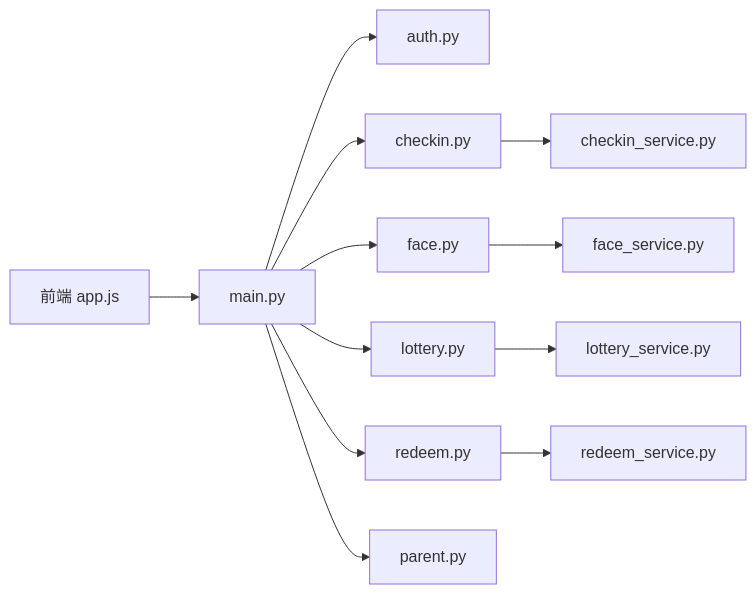
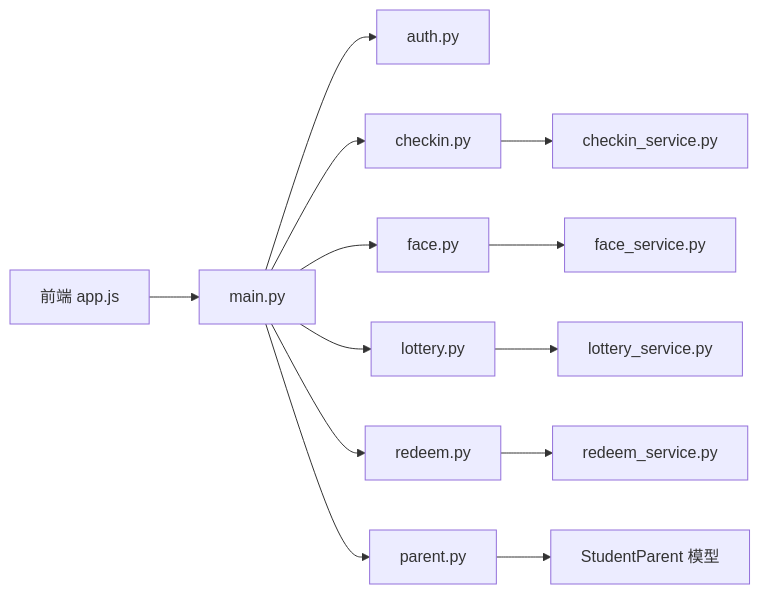
Diagram 11 of 11 in .qoder/repowiki/zh/content/暑假作业打卡系统/前端应用设计/学生端应用.md (onebody/homework), drawn with Mermaid before and after one commit. The commit also changed other lines of this file and 6 other files, not shown here.

````diff
--- a/.qoder/repowiki/zh/content/暑假作业打卡系统/前端应用设计/学生端应用.md
+++ b/.qoder/repowiki/zh/content/暑假作业打卡系统/前端应用设计/学生端应用.md
@@ -390,14 +479,15 @@
 ```mermaid
 graph LR
 FE["前端 app.js"] --> MAIN["main.py"]
 MAIN --> AUTH["auth.py"]
 MAIN --> CK["checkin.py"]
 MAIN --> FC["face.py"]
 MAIN --> LT["lottery.py"]
 MAIN --> RD["redeem.py"]
 MAIN --> PT["parent.py"]
 CK --> CSVC["checkin_service.py"]
 FC --> FSVC["face_service.py"]
 LT --> LSVC["lottery_service.py"]
 RD --> RSVC["redeem_service.py"]
+PT --> SP["StudentParent 模型"]
 ```
````
